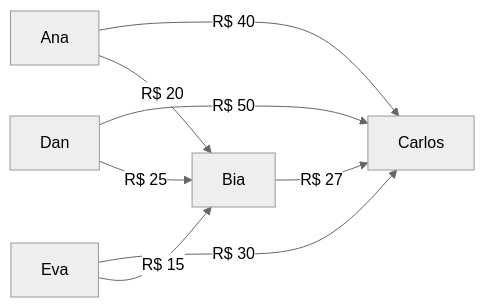
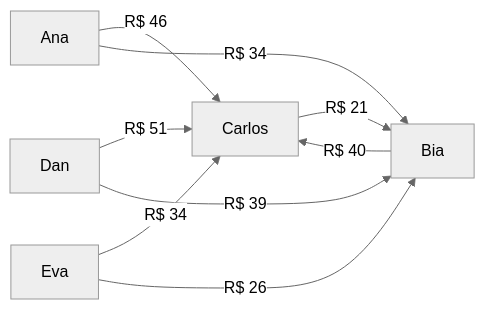
One commit to tprei/dividimos changed the first of 4 diagrams in README.md. Above: the diagram before and after it, drawn with Mermaid (neutral theme). The commit also changed other lines of this file, not shown here.

````diff
--- a/README.md
+++ b/README.md
@@ -163,10 +127,11 @@
 ```mermaid
 graph LR
-    A[Ana] -->|R$ 40| C[Carlos]
-    A -->|R$ 20| B[Bia]
-    D[Dan] -->|R$ 50| C
-    D -->|R$ 25| B
-    E[Eva] -->|R$ 30| C
-    E -->|R$ 15| B
-    B -->|R$ 27| C
+    A[Ana] -->|R$ 46| C[Carlos]
+    A -->|R$ 34| B[Bia]
+    D[Dan] -->|R$ 51| C
+    D -->|R$ 39| B
+    E[Eva] -->|R$ 34| C
+    E -->|R$ 26| B
+    B -->|R$ 40| C
+    C -->|R$ 21| B
 ```
````
